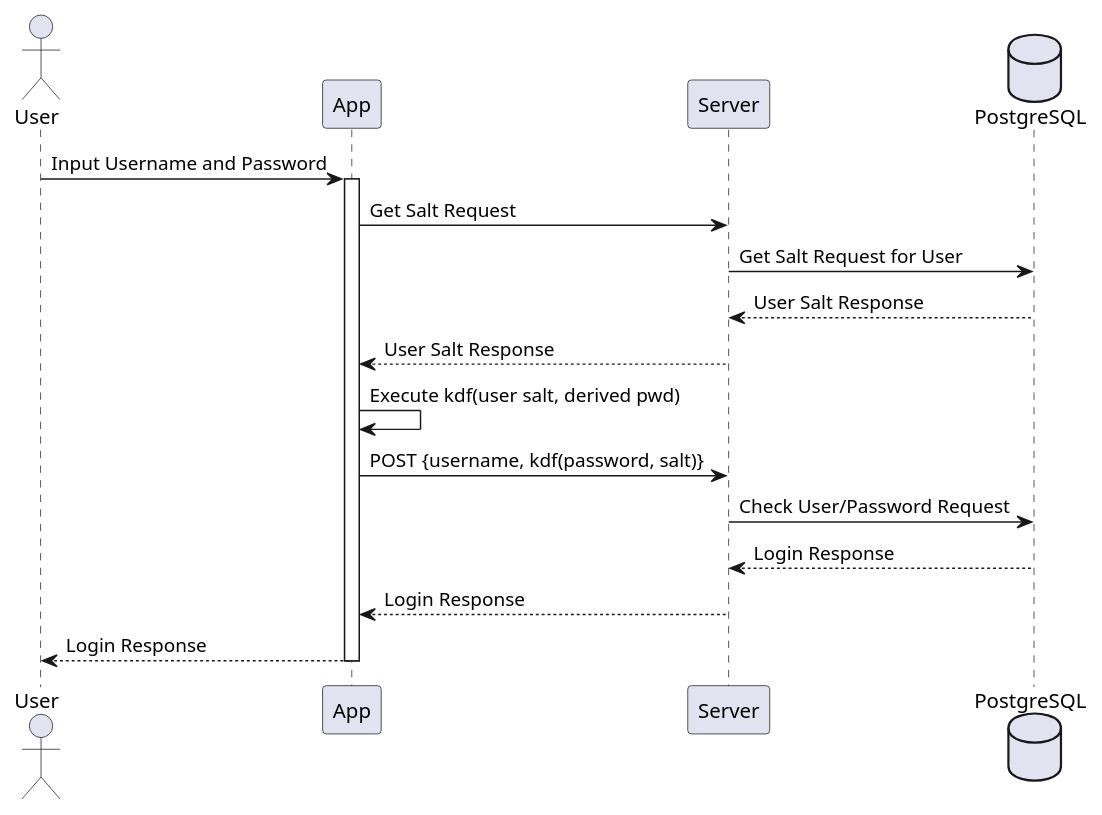
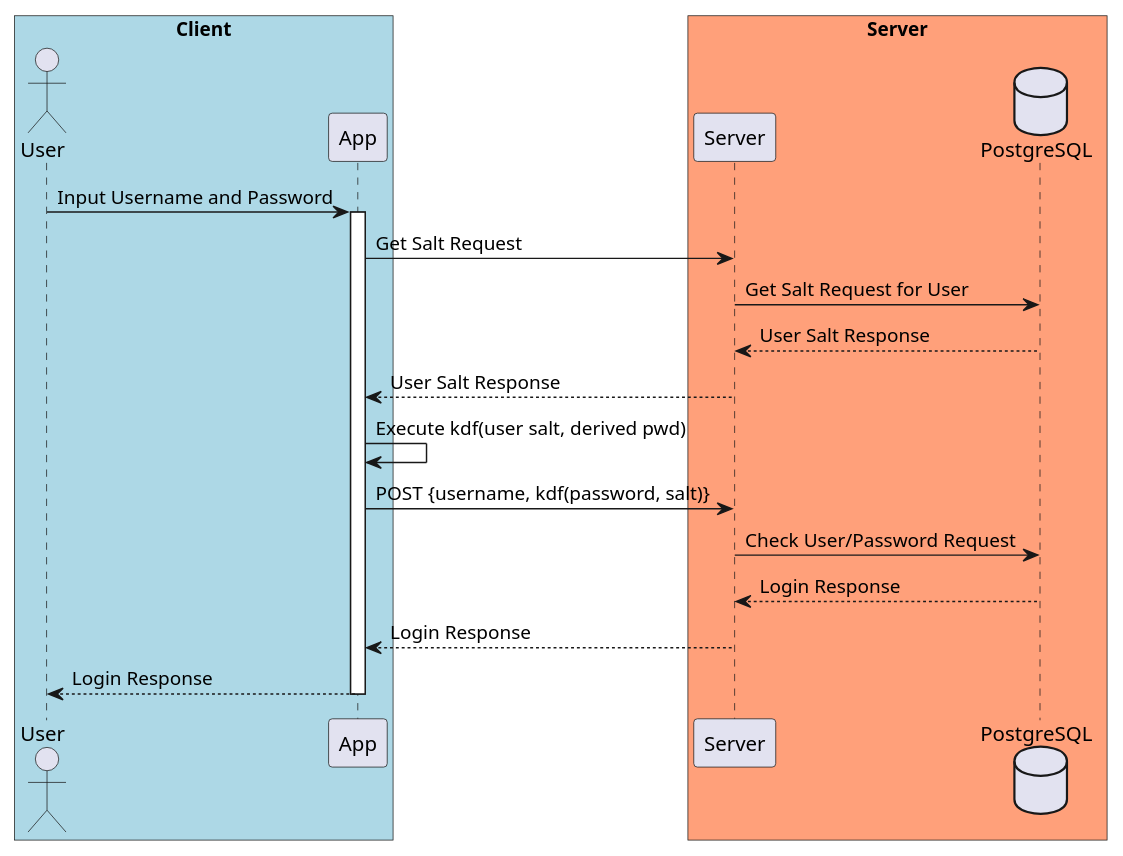
Before and after one commit to alexisruiz96/secure-vault: the diagram in diagrams/login.puml, drawn with PlantUML. The commit also changed 32 other files, not shown here.

```diff
--- a/diagrams/login.puml
+++ b/diagrams/login.puml
@@ -1,21 +1,25 @@
 @startuml Login
+box "Client" #LightBlue
 actor User
 participant App
+end box
+box "Server" #LightSalmon
 participant Server
 database PostgreSQL
+end box
 
 ' TODO: Add when it returns download file info to the user
 User -> App: Input Username and Password
 activate App
 App -> Server: Get Salt Request
 Server -> PostgreSQL: Get Salt Request for User
 Server <-- PostgreSQL: User Salt Response
 App <-- Server: User Salt Response
 App -> App: Execute kdf(user salt, derived pwd)
 App -> Server: POST {username, kdf(password, salt)}
 Server -> PostgreSQL: Check User/Password Request
 Server <-- PostgreSQL: Login Response
 App <-- Server: Login Response
 User <-- App: Login Response
 deactivate App
 @enduml
```
